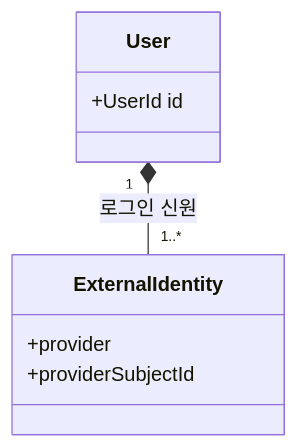
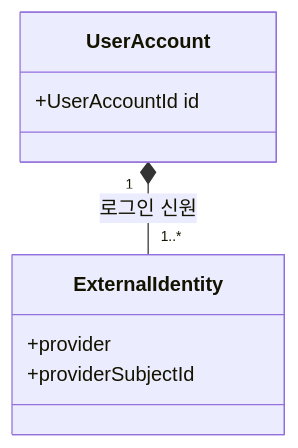
One commit to PhilPark-geosr/stock-agent changed the fourth of 7 diagrams in design/login_feature_design.md. Above: the diagram before and after it, drawn with Mermaid. The commit also changed other lines of this file and 1 other file, not shown here.

Commit message:
docs: rename user domain concept to account

````diff
--- a/design/login_feature_design.md
+++ b/design/login_feature_design.md
@@ -160,13 +160,13 @@
 ```mermaid
 classDiagram
-    class User {
-        +UserId id
+    class UserAccount {
+        +UserAccountId id
     }
 
     class ExternalIdentity {
         +provider
         +providerSubjectId
     }
 
-    User "1" *-- "1..*" ExternalIdentity : 로그인 신원
+    UserAccount "1" *-- "1..*" ExternalIdentity : 로그인 신원
 ```
````
